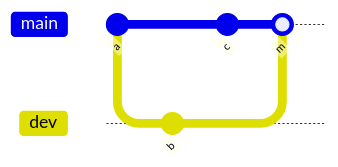
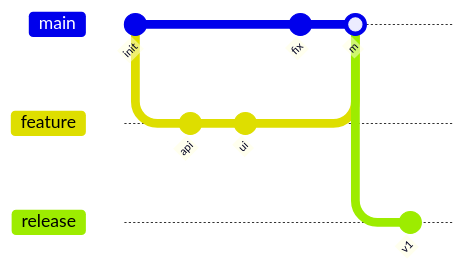
One commit to dkdev24/pele-animate changed the tenth of 11 diagrams in docs/diagram-types.md. Above: the diagram before and after it, drawn with Mermaid. The commit also changed other lines of this file and 2 other files, not shown here.

First line of the commit message:
docs: richer diagram-type examples with story pins; journey steps at narrow widths

````diff
--- a/docs/diagram-types.md
+++ b/docs/diagram-types.md
@@ -198,9 +231,12 @@
 ```mermaid live
 gitGraph
-  commit id: "a"
-  branch dev
-  commit id: "b"
+  commit id: "init"
+  branch feature
+  commit id: "api"
+  commit id: "ui"
   checkout main
-  commit id: "c"
-  merge dev id: "m"
+  commit id: "fix"
+  merge feature id: "m"
+  branch release
+  commit id: "v1"
 ```
````
